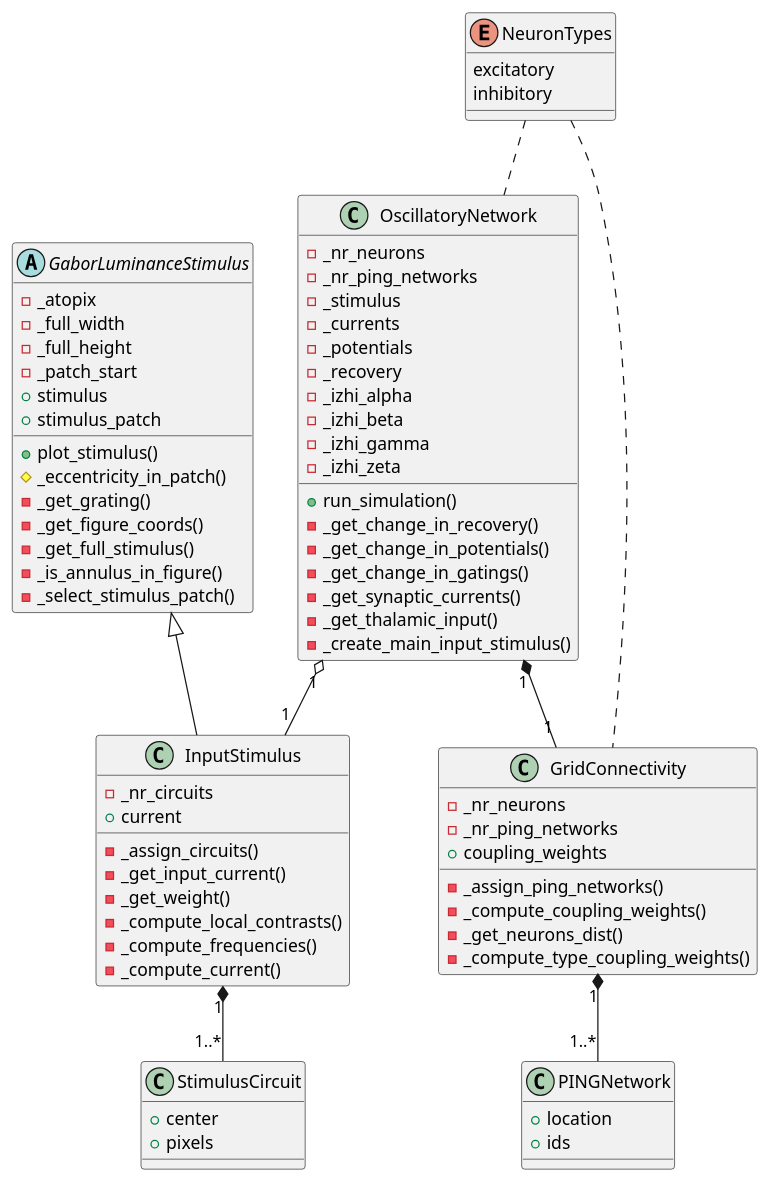
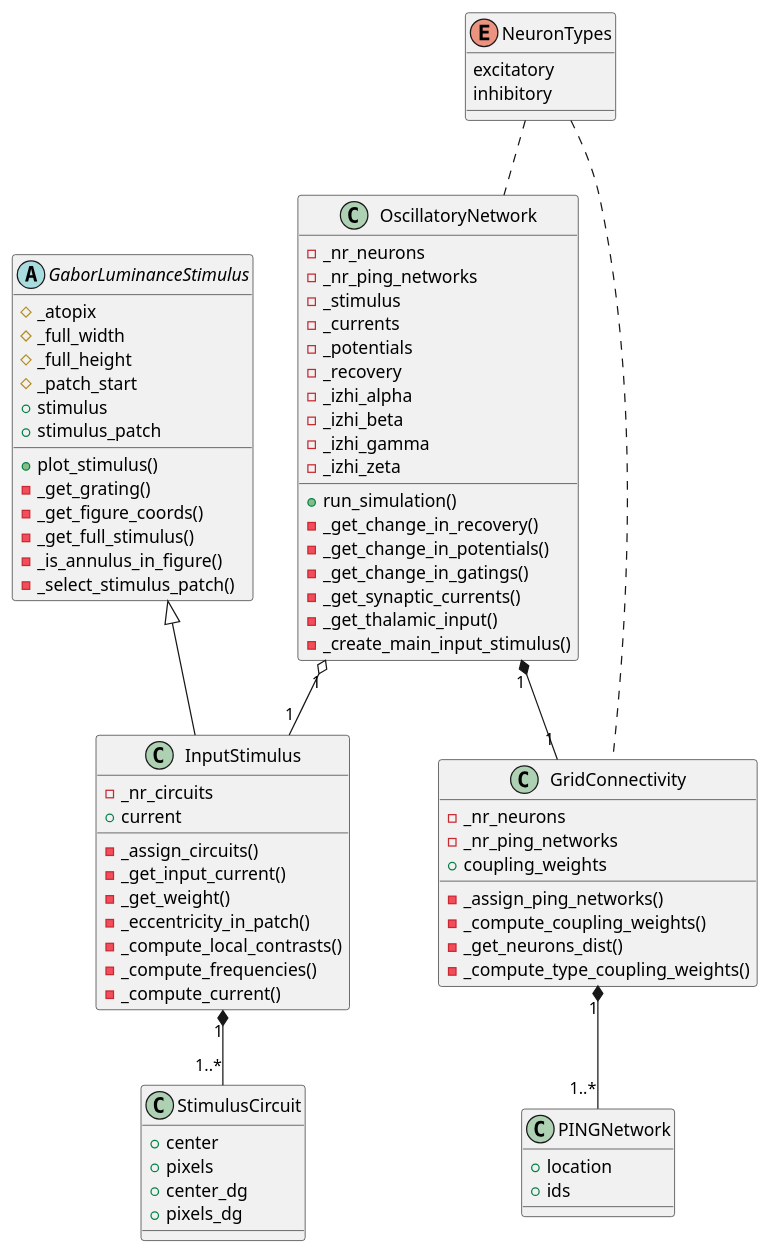
One commit to thatmariia/grid-ping changed the diagram in docs/source/class-diagram.rst. Above: the diagram before and after it, drawn with PlantUML. The commit also changed 43 other files, not shown here.

```diff
--- a/docs/source/class-diagram.rst
+++ b/docs/source/class-diagram.rst
@@ -13,6 +13,8 @@
     class StimulusCircuit {
       +center
       +pixels
+      +center_dg
+      +pixels_dg
     }
 
     class InputStimulus {
@@ -22,21 +24,21 @@
       -_assign_circuits()
       -_get_input_current()
       -_get_weight()
+      -_eccentricity_in_patch()
       -_compute_local_contrasts()
       -_compute_frequencies()
       -_compute_current()
     }
 
     abstract class GaborLuminanceStimulus {
-      -_atopix
-      -_full_width
-      -_full_height
-      -_patch_start
+      #_atopix
+      #_full_width
+      #_full_height
+      #_patch_start
       +stimulus
       +stimulus_patch
 
       +plot_stimulus()
-      #_eccentricity_in_patch()
       -_get_grating()
       -_get_figure_coords()
       -_get_full_stimulus()
```
